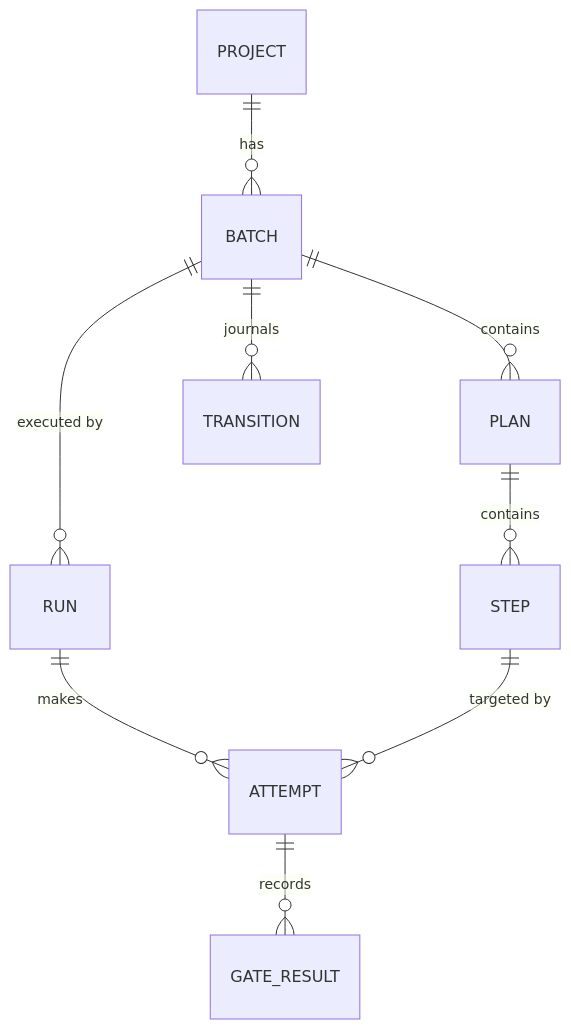
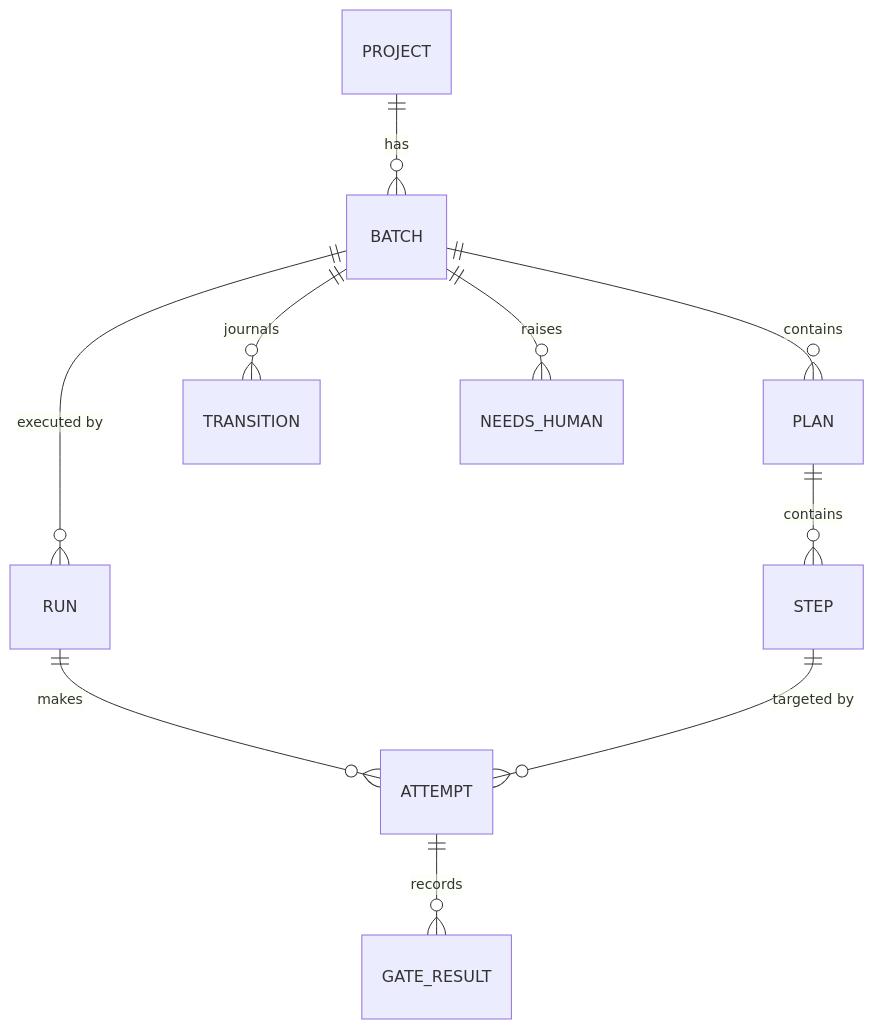
The second of 3 diagrams in docs/02-architecture.md (inluck-net/ilk2), drawn with Mermaid before and after one commit. The commit also changed other lines of this file and 6 other files, not shown here.

````diff
--- a/docs/02-architecture.md
+++ b/docs/02-architecture.md
@@ -59,11 +63,12 @@
 ```mermaid
 erDiagram
   PROJECT ||--o{ BATCH : has
   BATCH ||--o{ PLAN : contains
   PLAN ||--o{ STEP : contains
   BATCH ||--o{ RUN : "executed by"
   RUN ||--o{ ATTEMPT : makes
   ATTEMPT ||--o{ GATE_RESULT : records
   STEP ||--o{ ATTEMPT : "targeted by"
   BATCH ||--o{ TRANSITION : journals
+  BATCH ||--o{ NEEDS_HUMAN : raises
 ```
````
